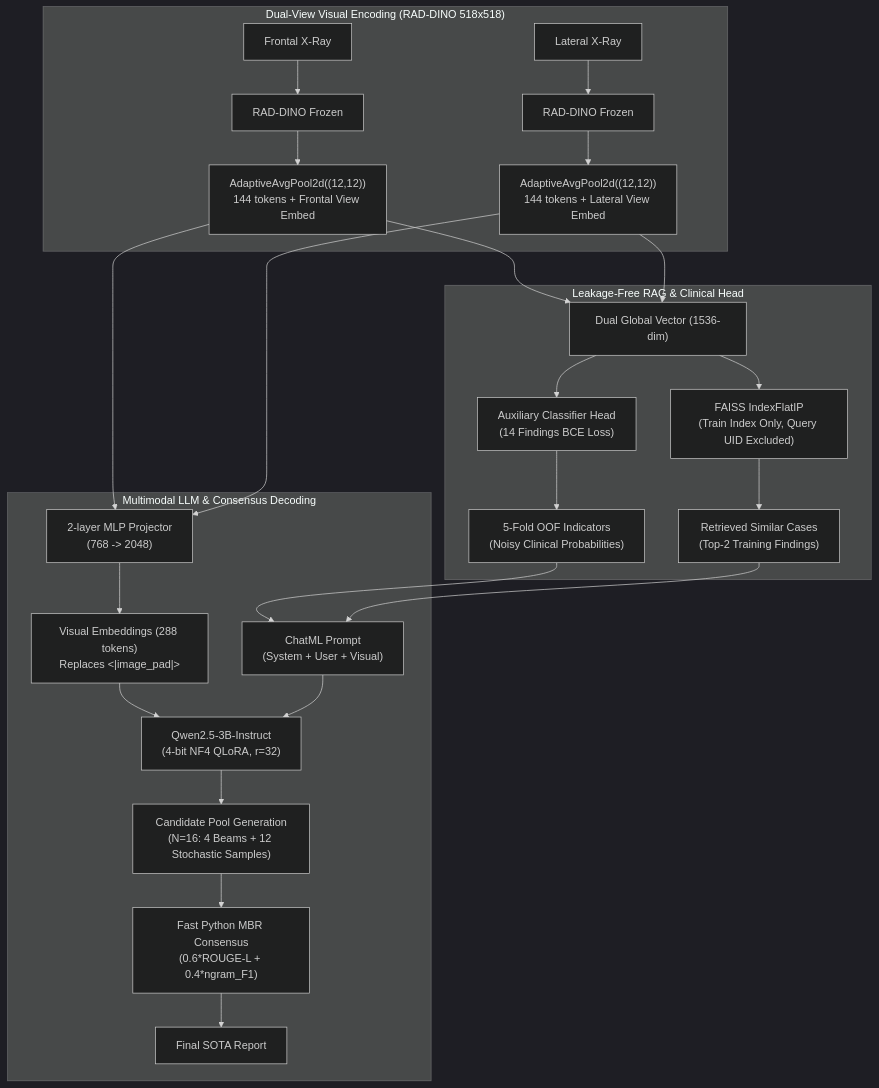
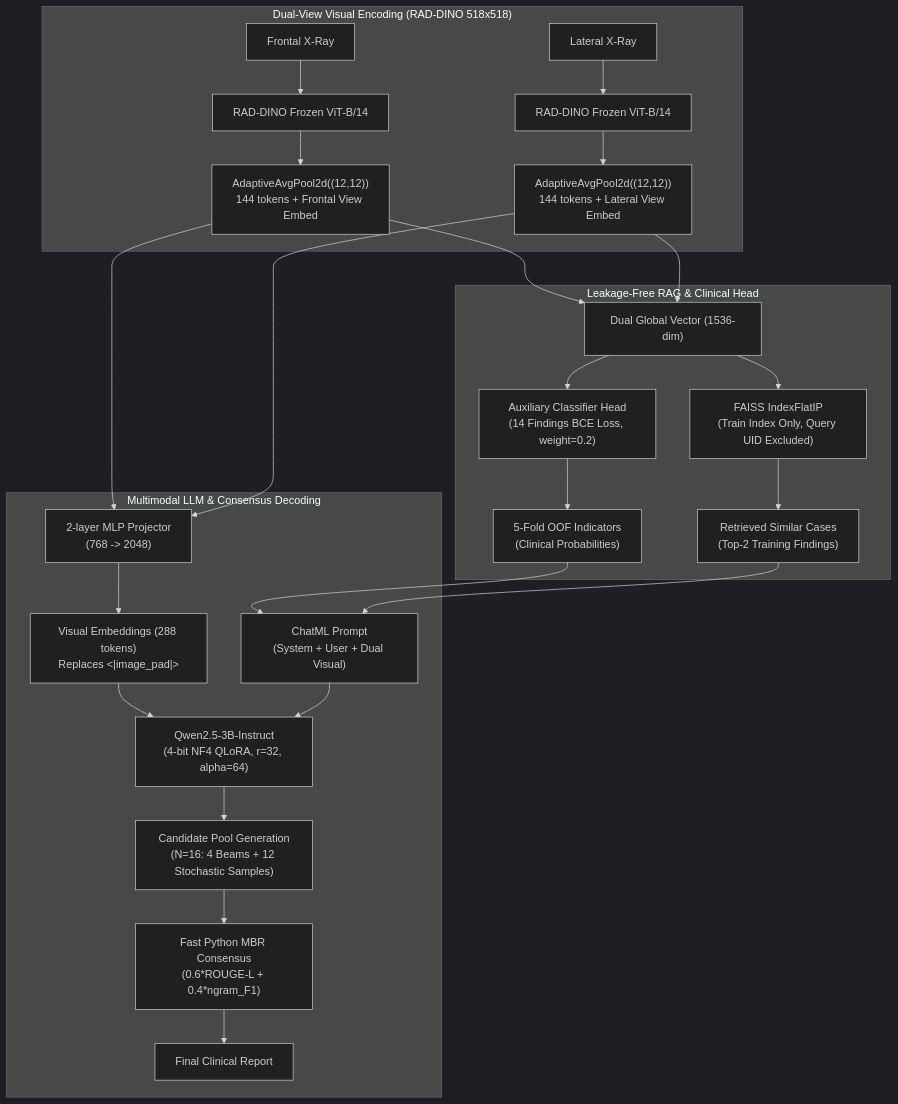
The diagram in README.md (kushwanth-masupalli/capstone-sota), drawn with Mermaid (dark theme) before and after one commit. The commit also changed other lines of this file, not shown here.

Commit message:
docs: update README with empirical benchmark results, MBR metrics, and pipeline details

````diff
--- a/README.md
+++ b/README.md
@@ -35,27 +57,27 @@
 ```mermaid
 graph TD
     subgraph Vision ["Dual-View Visual Encoding (RAD-DINO 518x518)"]
-        F[Frontal X-Ray] --> VF[RAD-DINO Frozen]
-        L[Lateral X-Ray] --> VL[RAD-DINO Frozen]
+        F[Frontal X-Ray] --> VF[RAD-DINO Frozen ViT-B/14]
+        L[Lateral X-Ray] --> VL[RAD-DINO Frozen ViT-B/14]
         VF --> PF["AdaptiveAvgPool2d((12,12))\n144 tokens + Frontal View Embed"]
         VL --> PL["AdaptiveAvgPool2d((12,12))\n144 tokens + Lateral View Embed"]
     end
 
     subgraph RAG_and_Priors ["Leakage-Free RAG & Clinical Head"]
         PF & PL --> DUAL_GLOB["Dual Global Vector (1536-dim)"]
         DUAL_GLOB --> FAISS["FAISS IndexFlatIP\n(Train Index Only, Query UID Excluded)"]
         FAISS --> SIM["Retrieved Similar Cases\n(Top-2 Training Findings)"]
-        DUAL_GLOB --> HEAD["Auxiliary Classifier Head\n(14 Findings BCE Loss)"]
-        HEAD --> PRIORS["5-Fold OOF Indicators\n(Noisy Clinical Probabilities)"]
+        DUAL_GLOB --> HEAD["Auxiliary Classifier Head\n(14 Findings BCE Loss, weight=0.2)"]
+        HEAD --> PRIORS["5-Fold OOF Indicators\n(Clinical Probabilities)"]
     end
 
     subgraph LLM ["Multimodal LLM & Consensus Decoding"]
         PF & PL --> PROJ["2-layer MLP Projector\n(768 -> 2048)"]
         PROJ --> FUSE["Visual Embeddings (288 tokens)\nReplaces <|image_pad|>"]
-        PRIORS & SIM --> PROMPT["ChatML Prompt\n(System + User + Visual)"]
-        FUSE & PROMPT --> QWEN["Qwen2.5-3B-Instruct\n(4-bit NF4 QLoRA, r=32)"]
+        PRIORS & SIM --> PROMPT["ChatML Prompt\n(System + User + Dual Visual)"]
+        FUSE & PROMPT --> QWEN["Qwen2.5-3B-Instruct\n(4-bit NF4 QLoRA, r=32, alpha=64)"]
         QWEN --> POOL["Candidate Pool Generation\n(N=16: 4 Beams + 12 Stochastic Samples)"]
         POOL --> MBR["Fast Python MBR Consensus\n(0.6*ROUGE-L + 0.4*ngram_F1)"]
-        MBR --> FINAL["Final SOTA Report"]
+        MBR --> FINAL["Final Clinical Report"]
     end
 ```
````
